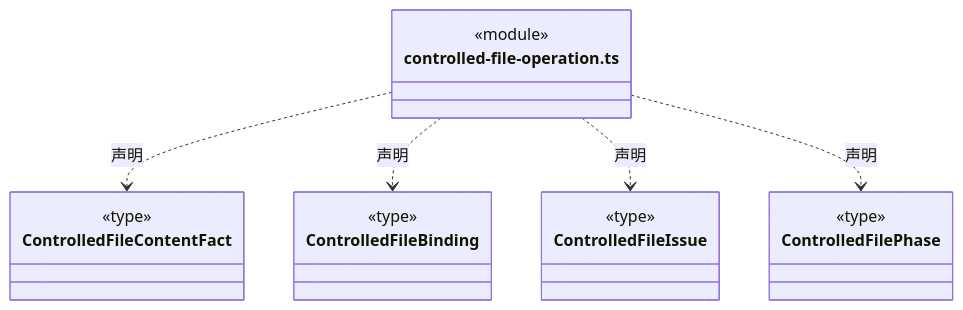
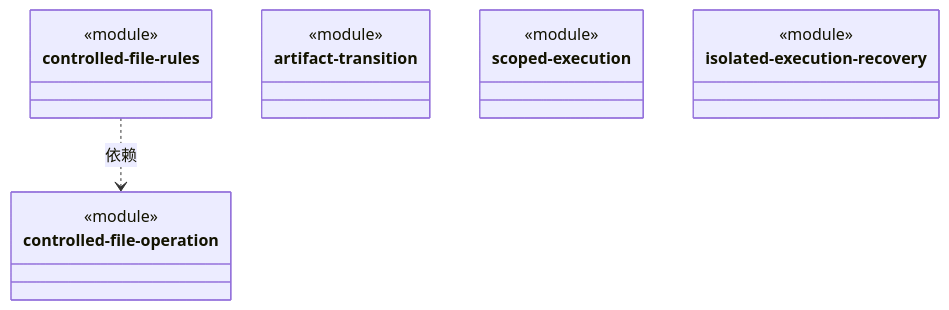
Before and after one commit to nan023062/cbim: the diagram in src/logic/file-operations/rules/ARCHITECTURE.md, drawn with Mermaid. The commit also changed other lines of this file and 158 other files, not shown here.

Commit message:
docs: model architecture through nested virtual encapsulations

````diff
--- a/src/logic/file-operations/rules/ARCHITECTURE.md
+++ b/src/logic/file-operations/rules/ARCHITECTURE.md
@@ -237,26 +23,24 @@
 ```mermaid
 classDiagram
-class N_src_logic_file_operations_rules_controlled_file_operation_ts["controlled-file-operation.ts"] {
+class N_02b139f9bc76["controlled-file-operation"] {
   <<module>>
 }
-class N_src_logic_file_operations_rules_controlled_file_operation_ts_ControlledFileContentFact["ControlledFileContentFact"] {
-  <<type>>
-
+click N_02b139f9bc76 href "controlled-file-operation.ts"
+class N_e61fb20637da["controlled-file-rules"] {
+  <<module>>
 }
-N_src_logic_file_operations_rules_controlled_file_operation_ts ..> N_src_logic_file_operations_rules_controlled_file_operation_ts_ControlledFileContentFact : 声明
-class N_src_logic_file_operations_rules_controlled_file_operation_ts_ControlledFileBinding["ControlledFileBinding"] {
-  <<type>>
-
+click N_e61fb20637da href "controlled-file-rules.ts"
+class N_7e28b77ba542["artifact-transition"] {
+  <<module>>
 }
-N_src_logic_file_operations_rules_controlled_file_operation_ts ..> N_src_logic_file_operations_rules_controlled_file_operation_ts_ControlledFileBinding : 声明
-class N_src_logic_file_operations_rules_controlled_file_operation_ts_ControlledFileIssue["ControlledFileIssue"] {
-  <<type>>
-
+click N_7e28b77ba542 href "artifact-transition.ts"
+class N_0861d52f60a8["scoped-execution"] {
+  <<module>>
 }
-N_src_logic_file_operations_rules_controlled_file_operation_ts ..> N_src_logic_file_operations_rules_controlled_file_operation_ts_ControlledFileIssue : 声明
-class N_src_logic_file_operations_rules_controlled_file_operation_ts_ControlledFilePhase["ControlledFilePhase"] {
-  <<type>>
-
+click N_0861d52f60a8 href "scoped-execution.ts"
+class N_6df675ffdb7f["isolated-execution-recovery"] {
+  <<module>>
 }
-N_src_logic_file_operations_rules_controlled_file_operation_ts ..> N_src_logic_file_operations_rules_controlled_file_operation_ts_ControlledFilePhase : 声明
+click N_6df675ffdb7f href "isolated-execution-recovery.ts"
+N_e61fb20637da ..> N_02b139f9bc76 : 依赖
 ```
````
